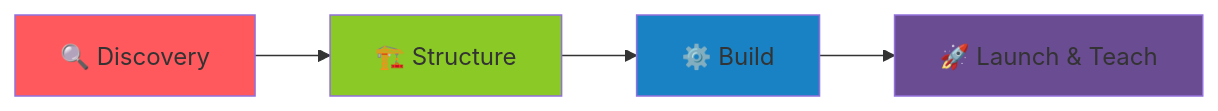
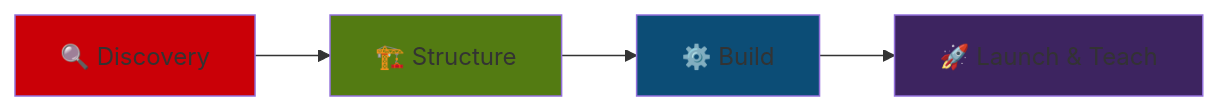
One commit to Berry-House-YYC/.github changed the diagram in profile/README.md. Above: the diagram before and after it, drawn with Mermaid.

Commit message:
Change color styles in README diagram
Updated color styles for the discovery and build process diagram.

````diff
--- a/profile/README.md
+++ b/profile/README.md
@@ -87,11 +87,11 @@
 ```mermaid
 graph LR
     A[🔍 Discovery] --> B[🏗️ Structure]
     B --> C[⚙️ Build]
     C --> D[🚀 Launch & Teach]
     
-    style A fill:#FF595E
-    style B fill:#8AC926
-    style C fill:#1982C4
-    style D fill:#6A4C93
+    style A fill:#CA0007
+    style B fill:#537B12
+    style C fill:#0C4D76
+    style D fill:#3D2460
 ```
````
